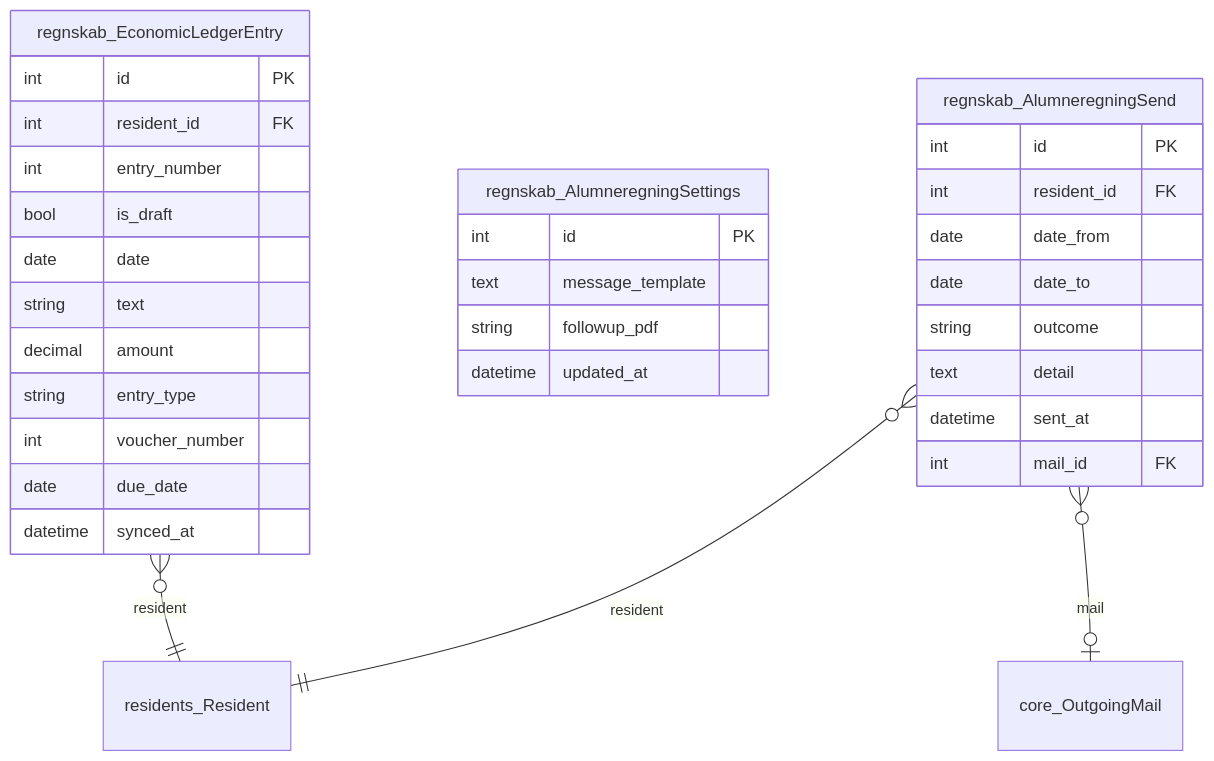
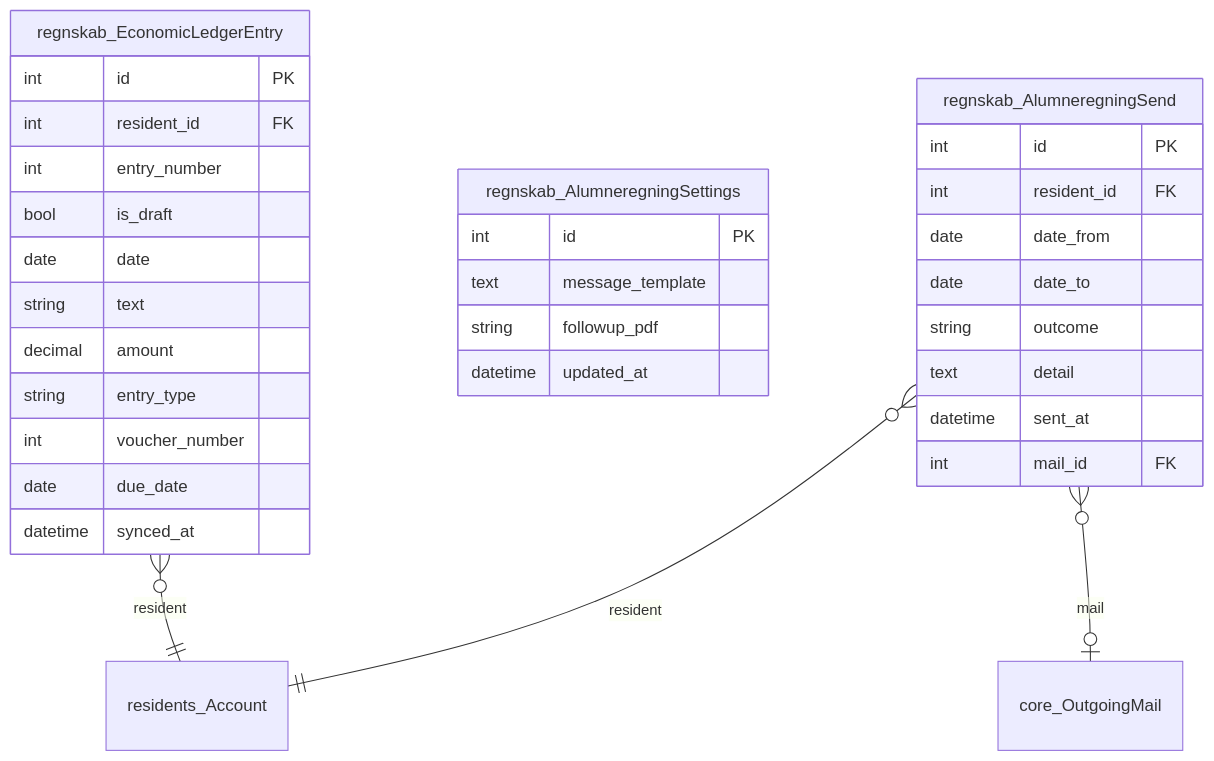
Diagram 14 of 18 in docs/erd.md (GAHK-org/gahk_intern), drawn with Mermaid before and after one commit. The commit also changed other lines of this file and 148 other files, not shown here.

````diff
--- a/docs/erd.md
+++ b/docs/erd.md
@@ -2157,42 +2171,42 @@
 ```mermaid
 erDiagram
     regnskab_EconomicLedgerEntry {
         int id PK
         int resident_id FK
         int entry_number
         bool is_draft
         date date
         string text
         decimal amount
         string entry_type
         int voucher_number
         date due_date
         datetime synced_at
     }
 
     regnskab_AlumneregningSettings {
         int id PK
         text message_template
         string followup_pdf
         datetime updated_at
     }
 
     regnskab_AlumneregningSend {
         int id PK
         int resident_id FK
         date date_from
         date date_to
         string outcome
         text detail
         datetime sent_at
         int mail_id FK
     }
 
     core_OutgoingMail { }
 
-    residents_Resident { }
+    residents_Account { }
 
-    regnskab_EconomicLedgerEntry }o--|| residents_Resident : "resident"
-    regnskab_AlumneregningSend }o--|| residents_Resident : "resident"
+    regnskab_EconomicLedgerEntry }o--|| residents_Account : "resident"
+    regnskab_AlumneregningSend }o--|| residents_Account : "resident"
     regnskab_AlumneregningSend }o--|o core_OutgoingMail : "mail"
 ```
````
